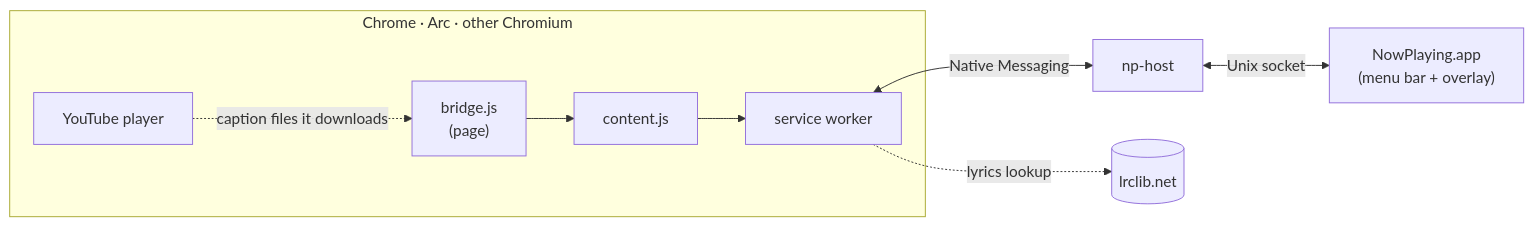
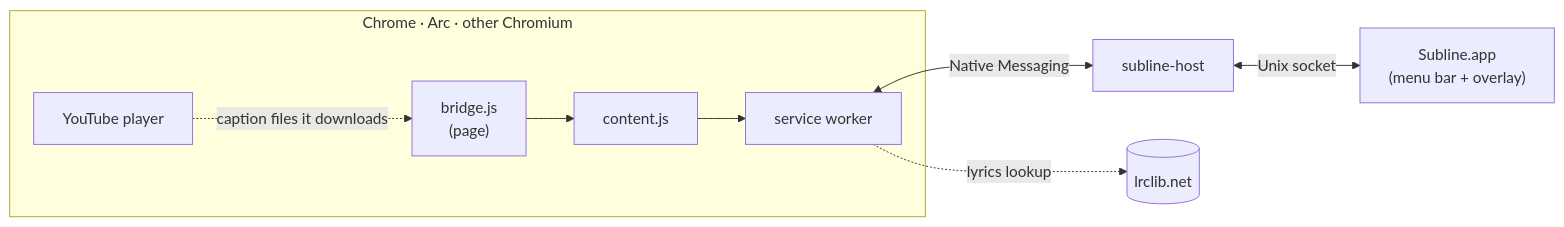
One commit to jiunbae/subline changed the diagram in README.md. Above: the diagram before and after it, drawn with Mermaid. The commit also changed other lines of this file and 57 other files, not shown here.

````diff
--- a/README.md
+++ b/README.md
@@ -143,10 +143,10 @@
 ```mermaid
 flowchart LR
   subgraph Browser["Chrome · Arc · other Chromium"]
     P["YouTube player"] -. "caption files it downloads" .-> B["bridge.js<br/>(page)"]
     B --> C["content.js"] --> W["service worker"]
   end
-  W <-- "Native Messaging" --> H["np-host"]
-  H <-- "Unix socket" --> A["NowPlaying.app<br/>(menu bar + overlay)"]
+  W <-- "Native Messaging" --> H["subline-host"]
+  H <-- "Unix socket" --> A["Subline.app<br/>(menu bar + overlay)"]
   W -. "lyrics lookup" .-> L[("lrclib.net")]
 ```
````
